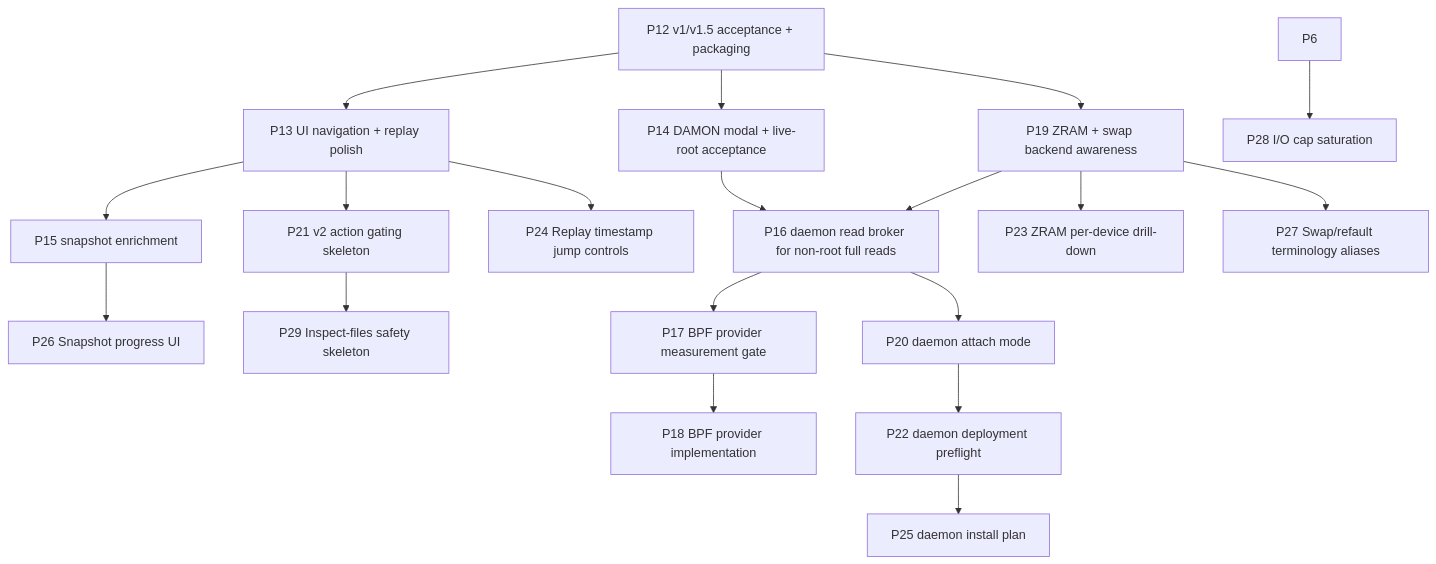
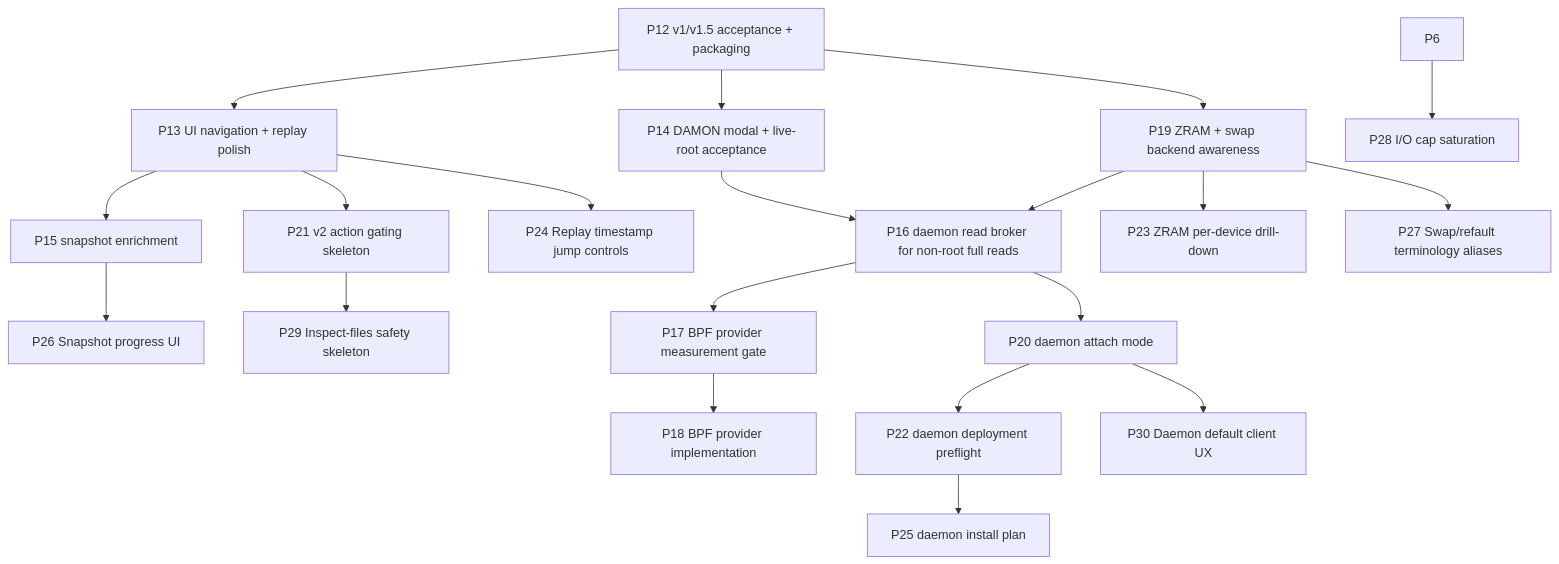
Before and after one commit to volkb79-2/vbpub: the diagram in groop/docs/ROADMAP.md, drawn with Mermaid. The commit also changed other lines of this file and 2 other files, not shown here.

Commit message:
docs(groop): carve P30 daemon default client

````diff
--- a/groop/docs/ROADMAP.md
+++ b/groop/docs/ROADMAP.md
@@ -27,21 +27,22 @@
 ```mermaid
 flowchart TD
     P12[P12 v1/v1.5 acceptance + packaging] --> P13[P13 UI navigation + replay polish]
     P12 --> P14[P14 DAMON modal + live-root acceptance]
     P13 --> P15[P15 snapshot enrichment]
     P12 --> P19[P19 ZRAM + swap backend awareness]
     P19 --> P16[P16 daemon read broker for non-root full reads]
     P14 --> P16
     P16 --> P17[P17 BPF provider measurement gate]
     P17 --> P18[P18 BPF provider implementation]
     P16 --> P20[P20 daemon attach mode]
     P20 --> P22[P22 daemon deployment preflight]
     P22 --> P25[P25 daemon install plan]
     P13 --> P21[P21 v2 action gating skeleton]
     P19 --> P23[P23 ZRAM per-device drill-down]
     P13 --> P24[P24 Replay timestamp jump controls]
     P15 --> P26[P26 Snapshot progress UI]
     P19 --> P27[P27 Swap/refault terminology aliases]
     P6 --> P28[P28 I/O cap saturation]
     P21 --> P29[P29 Inspect-files safety skeleton]
+    P20 --> P30[P30 Daemon default client UX]
 ```
````
